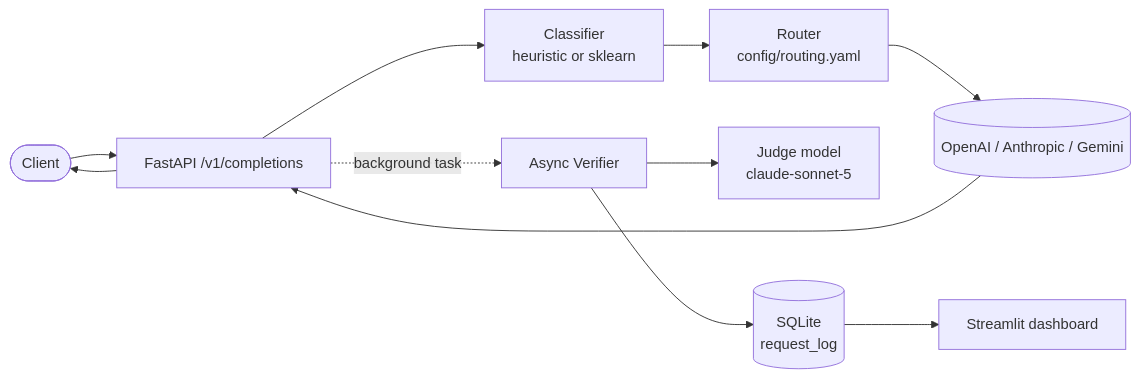
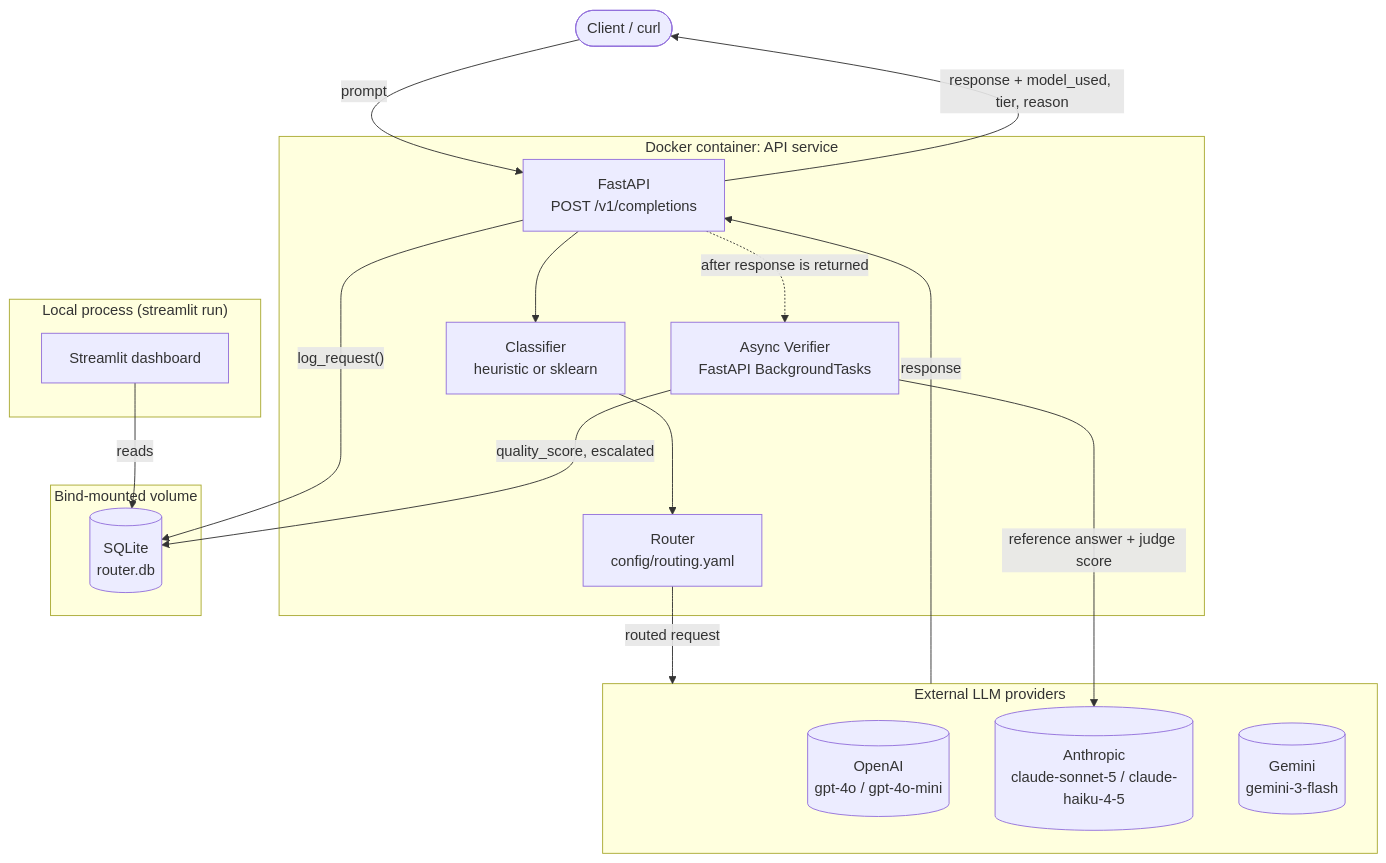
One commit to sebtosca/llm-cost-router changed the diagram in README.md. Above: the diagram before and after it, drawn with Mermaid. The commit also changed other lines of this file, not shown here.

Commit message:
Add architecture diagram to README

````diff
--- a/README.md
+++ b/README.md
@@ -37,12 +39,36 @@
 ```mermaid
-flowchart LR
-    client([Client]) --> api[FastAPI /v1/completions]
-    api --> classifier[Classifier\nheuristic or sklearn]
-    classifier --> router[Router\nconfig/routing.yaml]
-    router --> providers[(OpenAI / Anthropic / Gemini)]
-    providers --> api --> client
-    api -. background task .-> verifier[Async Verifier]
-    verifier --> judge[Judge model\nclaude-sonnet-5]
-    verifier --> db[(SQLite\nrequest_log)]
-    db --> dashboard[Streamlit dashboard]
+flowchart TB
+    client([Client / curl])
+
+    subgraph container ["Docker container: API service"]
+        api["FastAPI\nPOST /v1/completions"]
+        classifier["Classifier\nheuristic or sklearn"]
+        router["Router\nconfig/routing.yaml"]
+        verifier["Async Verifier\nFastAPI BackgroundTasks"]
+        api --> classifier --> router
+        api -. "after response is returned" .-> verifier
+    end
+
+    subgraph providers ["External LLM providers"]
+        openai[("OpenAI\ngpt-4o / gpt-4o-mini")]
+        anthropic[("Anthropic\nclaude-sonnet-5 / claude-haiku-4-5")]
+        gemini[("Gemini\ngemini-3-flash")]
+    end
+
+    subgraph volume ["Bind-mounted volume"]
+        db[("SQLite\nrouter.db")]
+    end
+
+    subgraph local ["Local process (streamlit run)"]
+        dashboard["Streamlit dashboard"]
+    end
+
+    client -- "prompt" --> api
+    router -- "routed request" --> providers
+    providers -- "response" --> api
+    api -- "response + model_used, tier, reason" --> client
+    api -- "log_request()" --> db
+    verifier -- "reference answer + judge score" --> anthropic
+    verifier -- "quality_score, escalated" --> db
+    dashboard -- "reads" --> db
 ```
````
